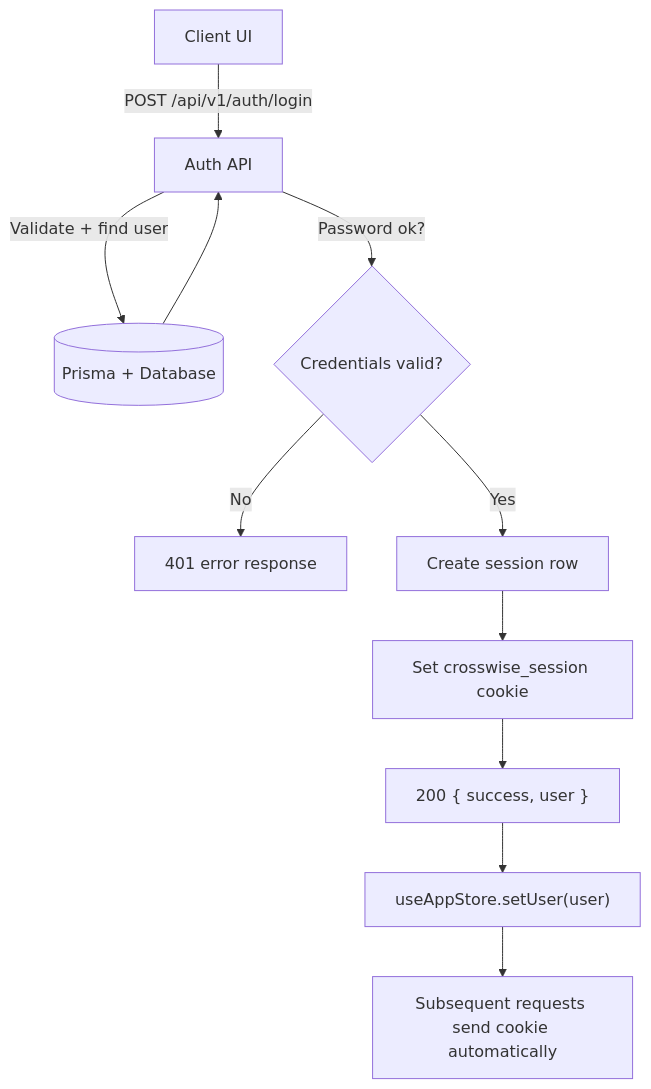
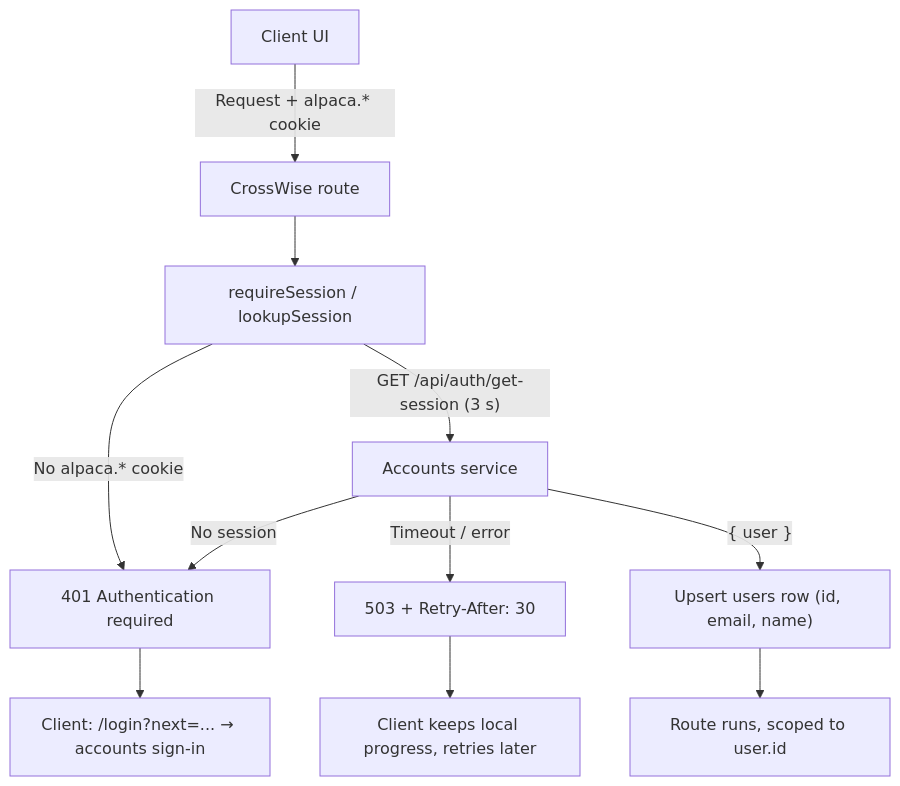
Before and after one commit to dragondad22/CrossWise: the first of 2 diagrams in docs/auth-session-flow.md, drawn with Mermaid. The commit also changed other lines of this file and 73 other files, not shown here.

First line of the commit message:
feat(auth)!: use shared Build Your Alpaca accounts for sign-in (#128)

````diff
--- a/docs/auth-session-flow.md
+++ b/docs/auth-session-flow.md
@@ -27,13 +58,13 @@
 ```mermaid
 flowchart TD
-    UI[Client UI] -->|POST /api/v1/auth/login| API[Auth API]
-    API -->|Validate + find user| DB[(Prisma + Database)]
-    DB --> API
-    API -->|Password ok?| OK{Credentials valid?}
-    OK -- No --> ERR[401 error response]
-    OK -- Yes --> SESS[Create session row]
-    SESS --> SETCOOKIE[Set crosswise_session cookie]
-    SETCOOKIE --> RESP["200 { success, user }"]
-    RESP --> HYDRATE["useAppStore.setUser(user)"]
-    HYDRATE --> NOTE[Subsequent requests send cookie automatically]
+    UI[Client UI] -->|"Request + alpaca.* cookie"| API[CrossWise route]
+    API --> RS["requireSession / lookupSession"]
+    RS -->|"No alpaca.* cookie"| U401["401 Authentication required"]
+    RS -->|"GET /api/auth/get-session (3 s)"| ACC[Accounts service]
+    ACC -->|"Timeout / error"| U503["503 + Retry-After: 30"]
+    ACC -->|"No session"| U401
+    ACC -->|"{ user }"| UPSERT["Upsert users row (id, email, name)"]
+    UPSERT --> OK[Route runs, scoped to user.id]
+    U401 --> LOGIN["Client: /login?next=... → accounts sign-in"]
+    U503 --> KEEP["Client keeps local progress, retries later"]
 ```
````
